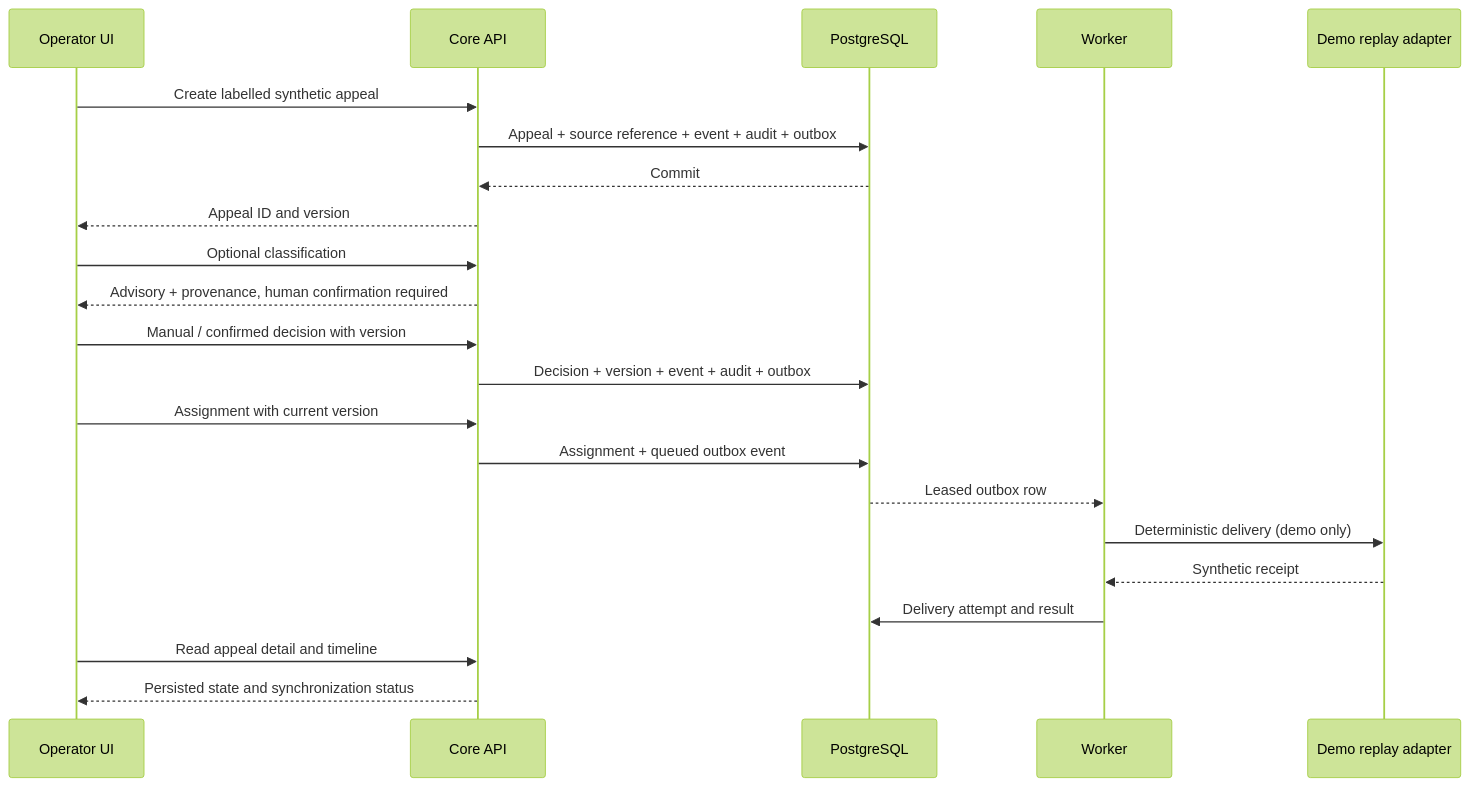
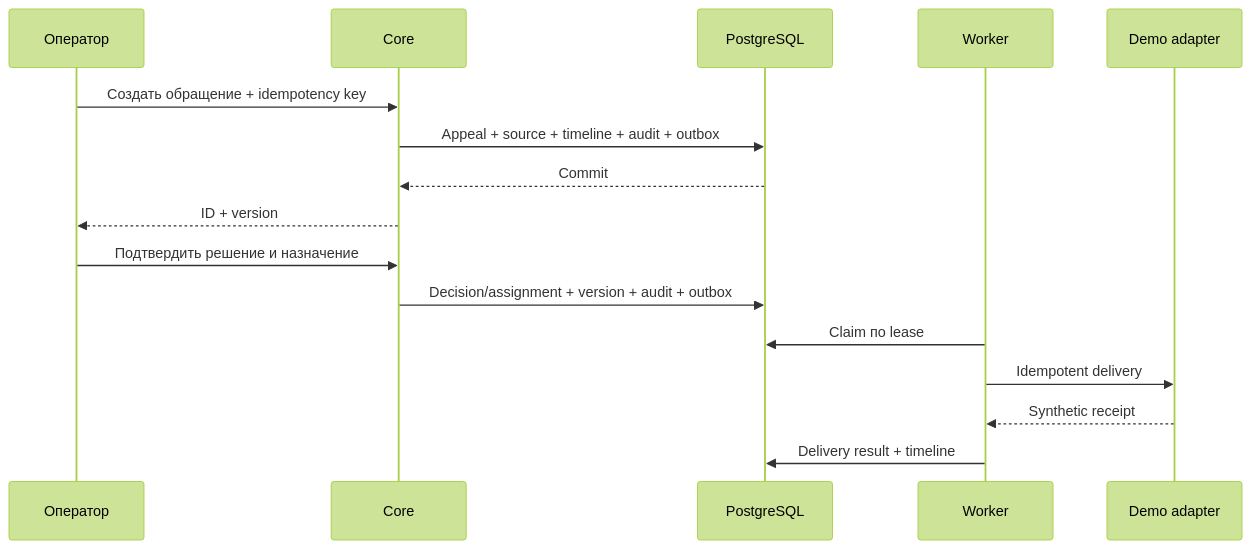
Before and after one commit to BAITC-Hacks/hack-803e2c8f-baash: the second of 5 diagrams in docs/architecture/README.md, drawn with Mermaid (forest theme). The commit also changed other lines of this file and 30 other files, not shown here.

````diff
--- a/docs/architecture/README.md
+++ b/docs/architecture/README.md
@@ -22,24 +28,18 @@
 ```mermaid
 sequenceDiagram
-    participant UI as Operator UI
-    participant API as Core API
+    participant UI as Оператор
+    participant API as Core
     participant DB as PostgreSQL
     participant W as Worker
-    participant R as Demo replay adapter
-    UI->>API: Create labelled synthetic appeal
-    API->>DB: Appeal + source reference + event + audit + outbox
+    participant R as Demo adapter
+    UI->>API: Создать обращение + idempotency key
+    API->>DB: Appeal + source + timeline + audit + outbox
     DB-->>API: Commit
-    API-->>UI: Appeal ID and version
-    UI->>API: Optional classification
-    API-->>UI: Advisory + provenance, human confirmation required
-    UI->>API: Manual / confirmed decision with version
-    API->>DB: Decision + version + event + audit + outbox
-    UI->>API: Assignment with current version
-    API->>DB: Assignment + queued outbox event
-    DB-->>W: Leased outbox row
-    W->>R: Deterministic delivery (demo only)
+    API-->>UI: ID + version
+    UI->>API: Подтвердить решение и назначение
+    API->>DB: Decision/assignment + version + audit + outbox
+    W->>DB: Claim по lease
+    W->>R: Idempotent delivery
     R-->>W: Synthetic receipt
-    W->>DB: Delivery attempt and result
-    UI->>API: Read appeal detail and timeline
-    API-->>UI: Persisted state and synchronization status
+    W->>DB: Delivery result + timeline
 ```
````
